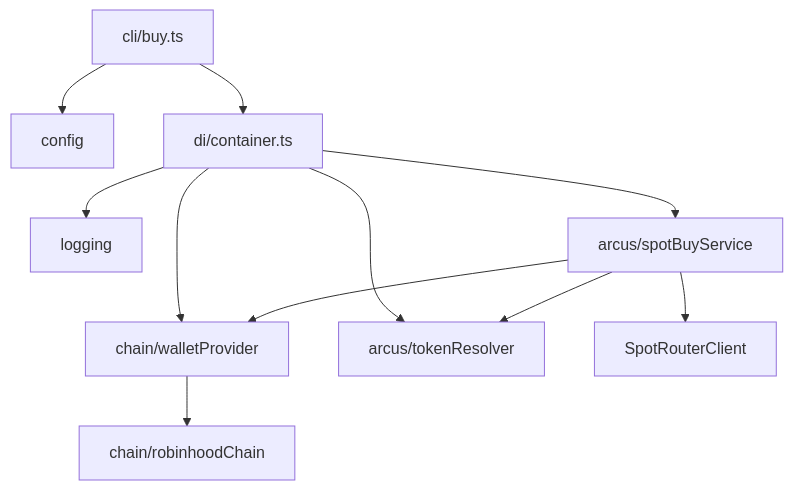
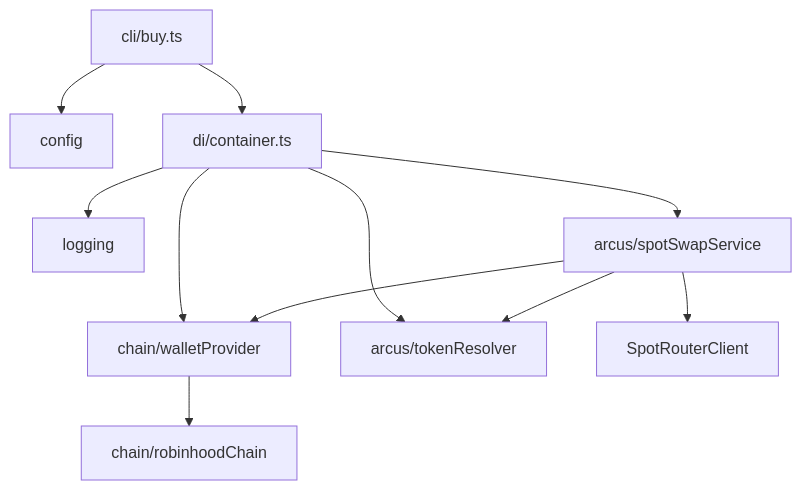
Before and after one commit to lexer/arcusdelta: the first of 4 diagrams in docs/architecture.md, drawn with Mermaid. The commit also changed other lines of this file and 15 other files, not shown here.

````diff
--- a/docs/architecture.md
+++ b/docs/architecture.md
@@ -22,13 +24,13 @@
 ```mermaid
 graph TD
     CLI[cli/buy.ts] --> Cfg[config]
     CLI --> DI[di/container.ts]
     DI --> Log[logging]
     DI --> Wallet[chain/walletProvider]
     DI --> Tokens[arcus/tokenResolver]
-    DI --> Svc[arcus/spotBuyService]
+    DI --> Svc[arcus/spotSwapService]
     Wallet --> Chain[chain/robinhoodChain]
     Svc --> SDK[SpotRouterClient]
     Svc --> Wallet
     Svc --> Tokens
 ```
````
